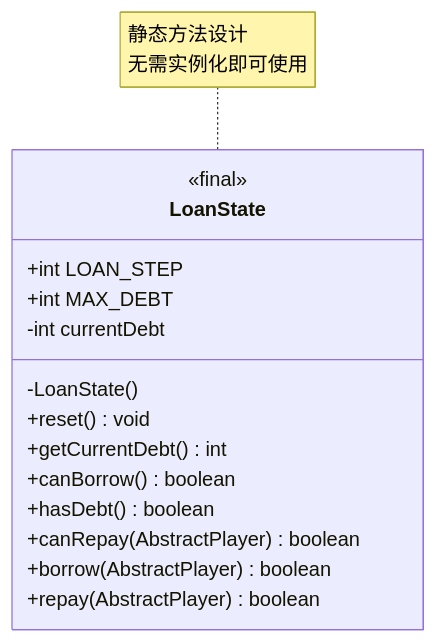
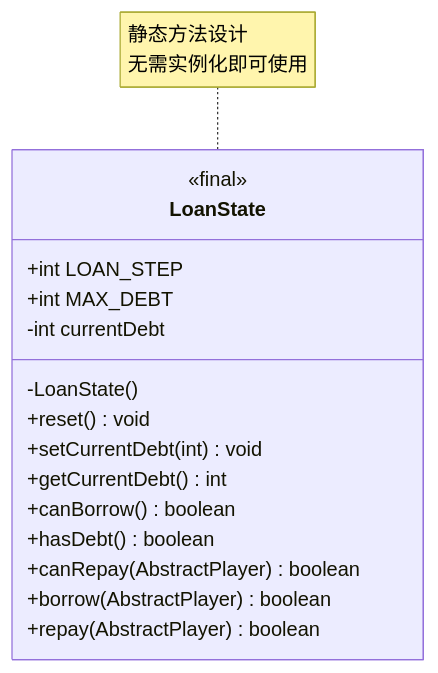
The tenth of 14 diagrams in .qoder/repowiki/zh/content/核心功能/经济系统.md (StephenZhuang/SpireMod), drawn with Mermaid before and after one commit. The commit also changed other lines of this file and 35 other files, not shown here.

````diff
--- a/.qoder/repowiki/zh/content/核心功能/经济系统.md
+++ b/.qoder/repowiki/zh/content/核心功能/经济系统.md
@@ -288,18 +416,19 @@
 ```mermaid
 classDiagram
 class LoanState {
 <<final>>
 +int LOAN_STEP
 +int MAX_DEBT
 -int currentDebt
 -LoanState()
 +reset() void
++setCurrentDebt(int) void
 +getCurrentDebt() int
 +canBorrow() boolean
 +hasDebt() boolean
 +canRepay(AbstractPlayer) boolean
 +borrow(AbstractPlayer) boolean
 +repay(AbstractPlayer) boolean
 }
 note for LoanState "静态方法设计<br/>无需实例化即可使用"
 ```
````
